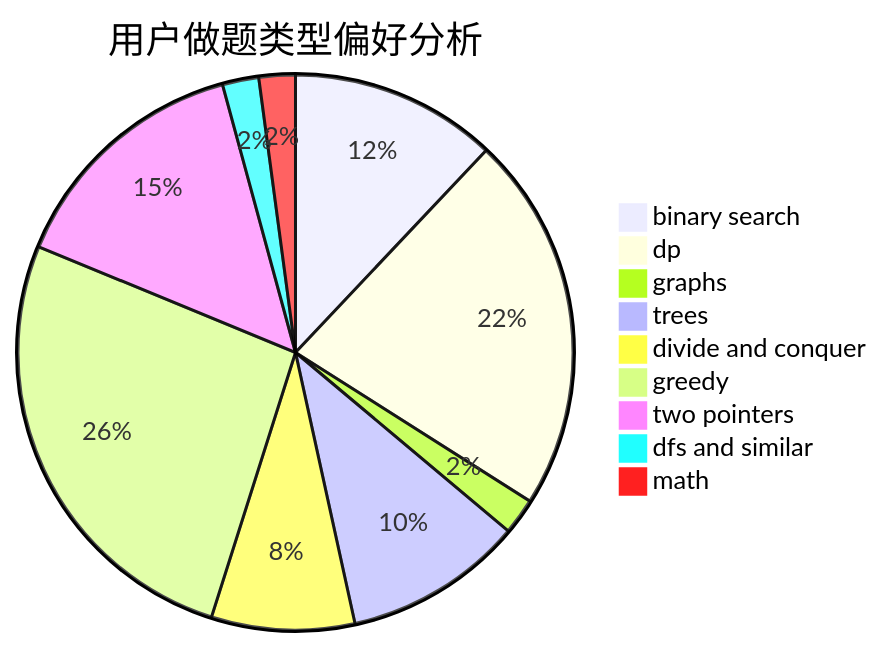
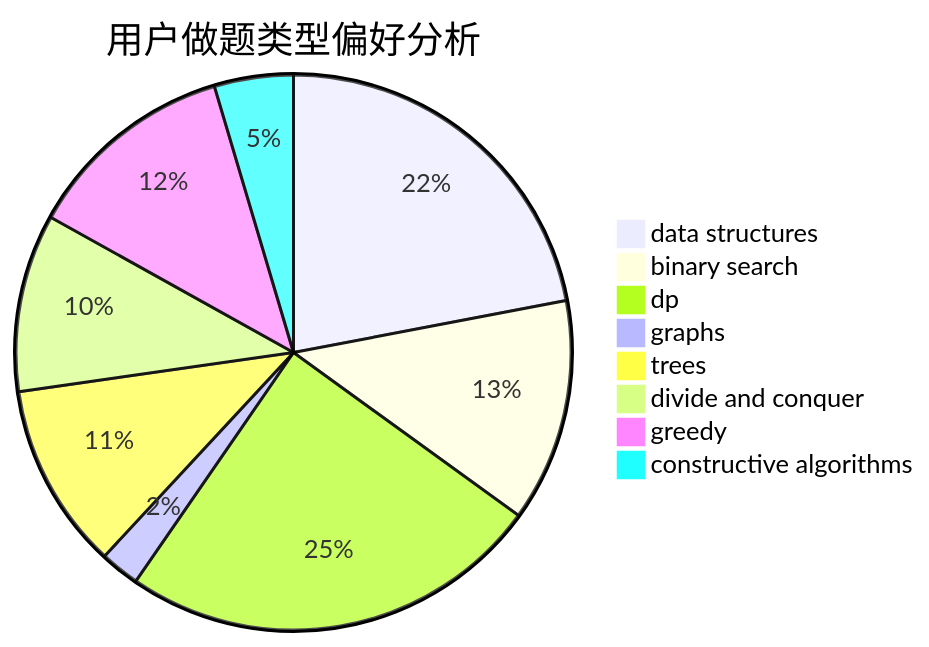
One commit to sherpahu/cfrs.github.io changed the second of 3 diagrams in docs/user/u1099.md. Above: the diagram before and after it, drawn with Mermaid. The commit also changed other lines of this file and 2775 other files, not shown here.

````diff
--- a/docs/user/u1099.md
+++ b/docs/user/u1099.md
@@ -23,12 +23,11 @@
 ```mermaid
 pie title 用户做题类型偏好分析
-    "binary search" :  91
-    "dp" :  166
-    "graphs" :  16
-    "trees" :  79
+    "data structures" :  134
+    "binary search" :  79
+    "dp" :  150
+    "graphs" :  14
+    "trees" :  66
     "divide and conquer" :  63
-    "greedy" :  199
-    "two pointers" :  110
-    "dfs and similar" :  16
-    "math" :  16
+    "greedy" :  75
+    "constructive algorithms" :  28
 ```
````
